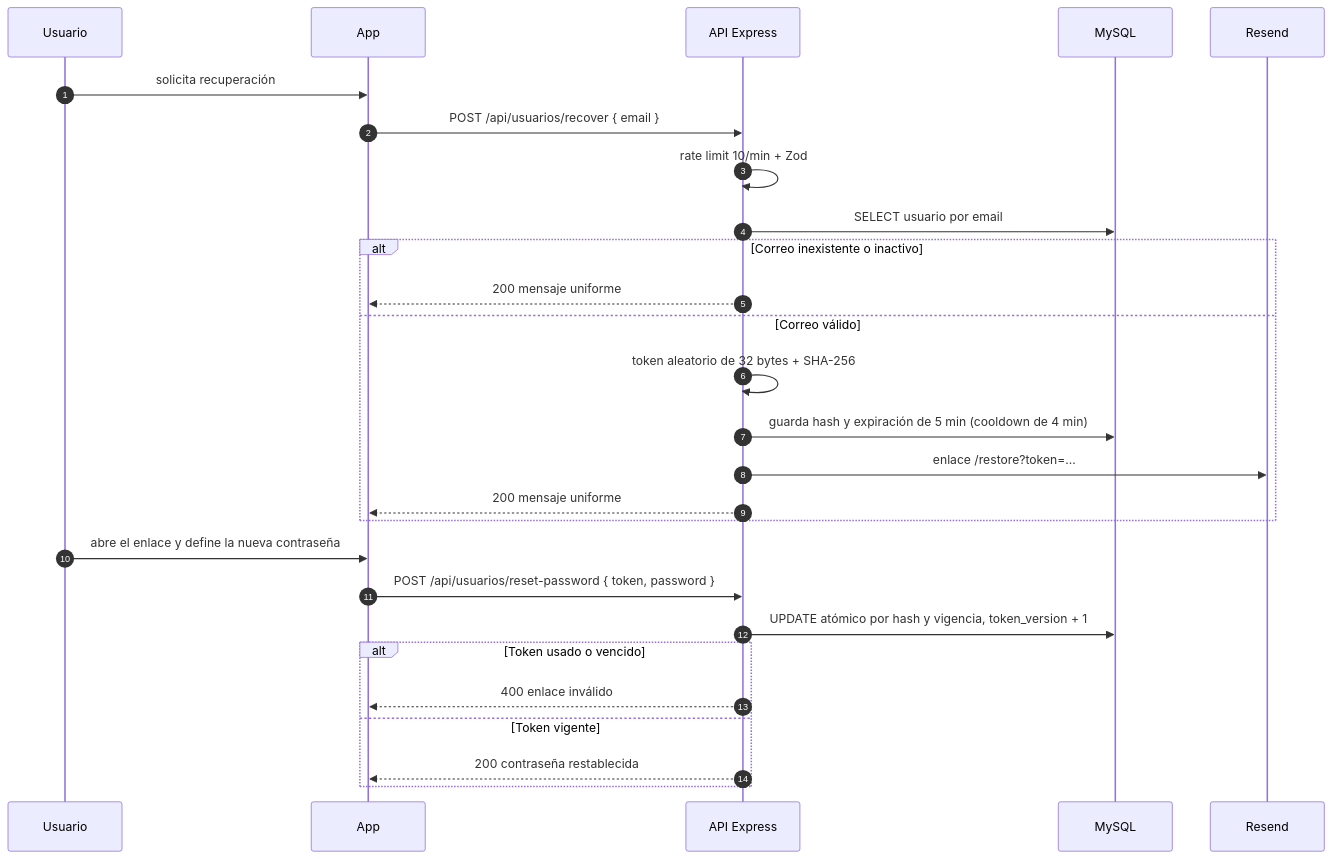
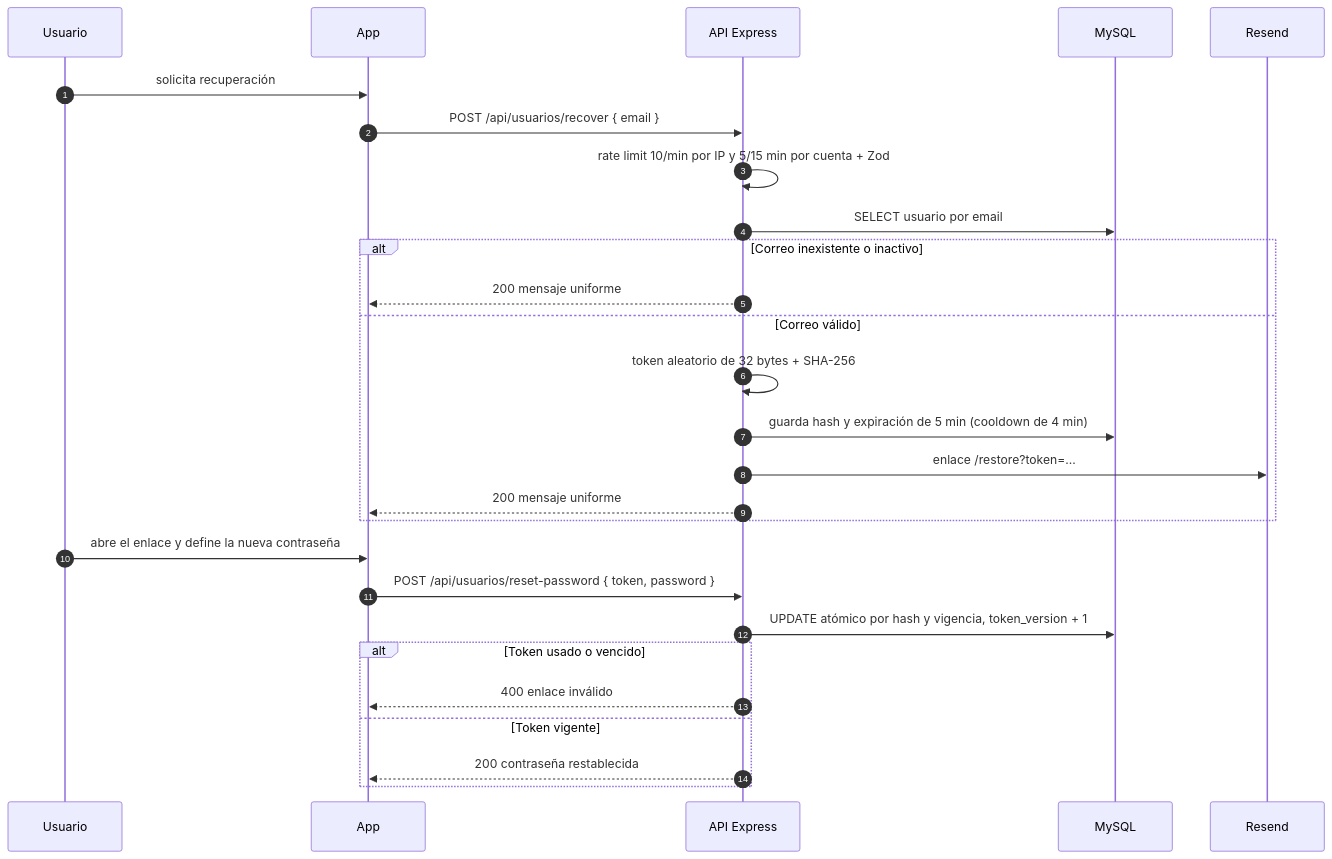
The sixth of 17 diagrams in README.md (diegoSerna17/Commercity), drawn with Mermaid before and after one commit. The commit also changed other lines of this file, not shown here.

Commit message:
DOCS: ajusta precision de los flujos y diagramas de secuencia

````diff
--- a/README.md
+++ b/README.md
@@ -162,29 +162,29 @@
 ```mermaid
 sequenceDiagram
     autonumber
     participant U as Usuario
     participant APP as App
     participant API as API Express
     participant DB as MySQL
     participant MAIL as Resend
     U->>APP: solicita recuperación
     APP->>API: POST /api/usuarios/recover { email }
-    API->>API: rate limit 10/min + Zod
+    API->>API: rate limit 10/min por IP y 5/15 min por cuenta + Zod
     API->>DB: SELECT usuario por email
     alt Correo inexistente o inactivo
         API-->>APP: 200 mensaje uniforme
     else Correo válido
         API->>API: token aleatorio de 32 bytes + SHA-256
         API->>DB: guarda hash y expiración de 5 min (cooldown de 4 min)
         API->>MAIL: enlace /restore?token=...
         API-->>APP: 200 mensaje uniforme
     end
     U->>APP: abre el enlace y define la nueva contraseña
     APP->>API: POST /api/usuarios/reset-password { token, password }
     API->>DB: UPDATE atómico por hash y vigencia, token_version + 1
     alt Token usado o vencido
         API-->>APP: 400 enlace inválido
     else Token vigente
         API-->>APP: 200 contraseña restablecida
     end
 ```
````
